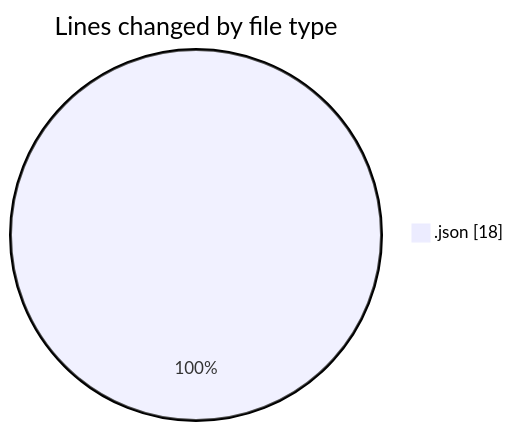
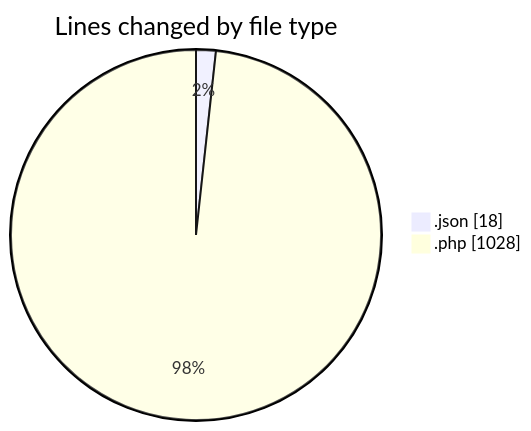
The first of 2 diagrams in 2025-09-26/untitled__workspace_/README.md (debugP/code-tracking), drawn with Mermaid before and after one commit. The commit also changed other lines of this file and 1 other file, not shown here.

````diff
--- a/2025-09-26/untitled__workspace_/README.md
+++ b/2025-09-26/untitled__workspace_/README.md
@@ -21,5 +22,6 @@
 ```mermaid
 pie showData
 title Lines changed by file type
 ".json" : 18
+".php" : 1028
 ```
````
